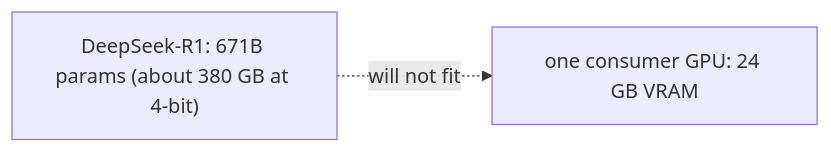
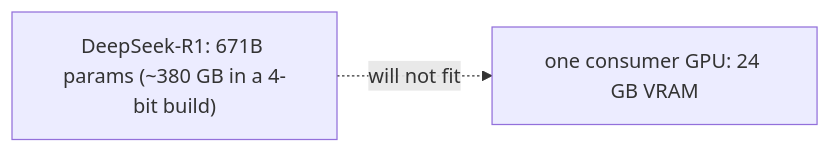
Before and after one commit to wilsonwu-ai/inference-engineering: the first of 5 diagrams in ktransformers-eli5.md, drawn with Mermaid. The commit also changed other lines of this file, not shown here.

Commit message:
Refine KTransformers: cite SOSP 2025 speedups (4.62-19.74x prefill / 1.25-4.09x decode); clarify the 4-bit memory footprint (336 vs 380 GB)

````diff
--- a/ktransformers-eli5.md
+++ b/ktransformers-eli5.md
@@ -13,4 +13,4 @@
 ```mermaid
 flowchart LR
-    M["DeepSeek-R1: 671B params (about 380 GB at 4-bit)"] -. "will not fit" .-> G["one consumer GPU: 24 GB VRAM"]
+    M["DeepSeek-R1: 671B params (~380 GB in a 4-bit build)"] -. "will not fit" .-> G["one consumer GPU: 24 GB VRAM"]
 ```
````
